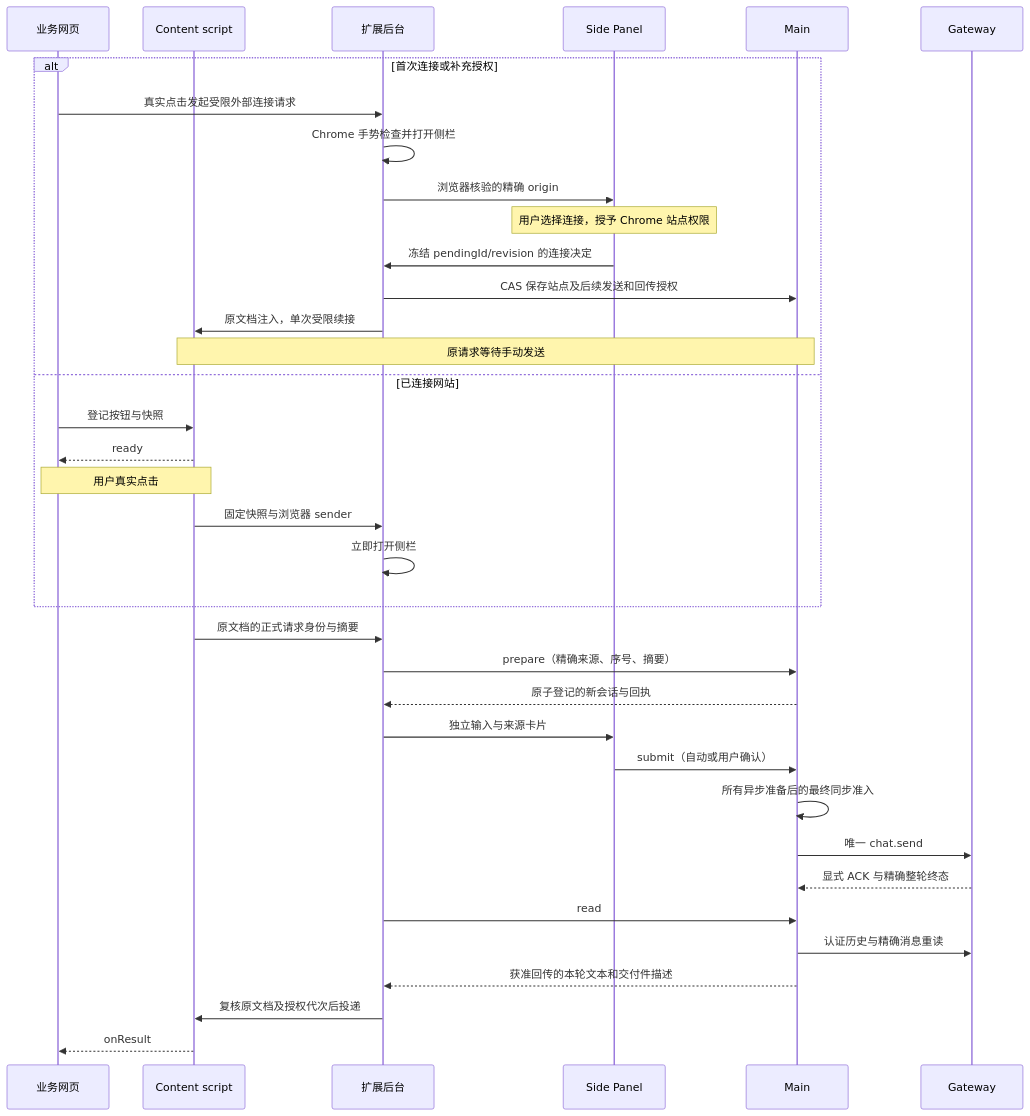
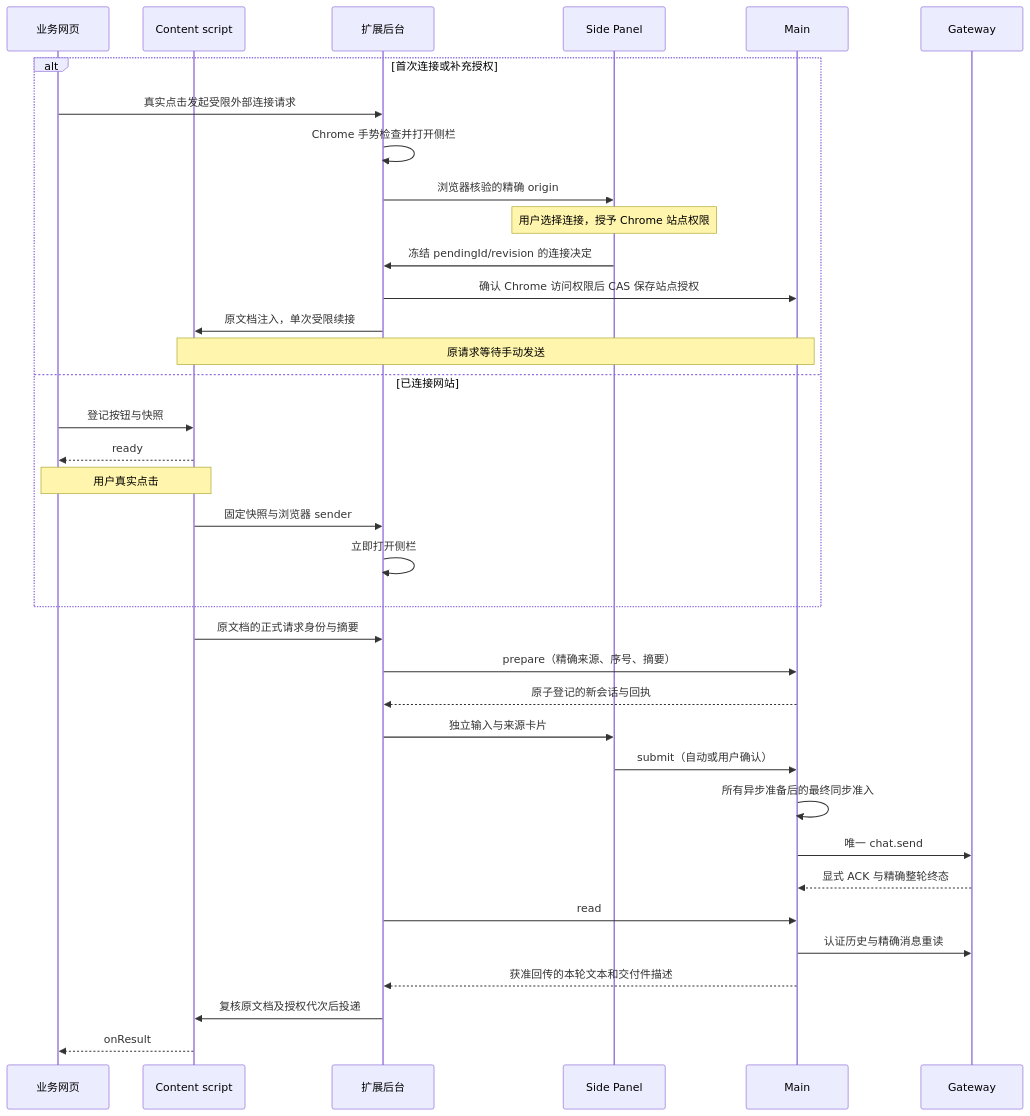
The diagram in docs/plugins/chrome-extensions/chrome-assistant/website-launch.md (liangxhao/JustDo), drawn with Mermaid before and after one commit. The commit also changed other lines of this file and 9 other files, not shown here.

````diff
--- a/docs/plugins/chrome-extensions/chrome-assistant/website-launch.md
+++ b/docs/plugins/chrome-extensions/chrome-assistant/website-launch.md
@@ -95,38 +95,38 @@
 ```mermaid
 sequenceDiagram
   participant W as 业务网页
   participant C as Content script
   participant B as 扩展后台
   participant P as Side Panel
   participant M as Main
   participant G as Gateway
   alt 首次连接或补充授权
     W->>B: 真实点击发起受限外部连接请求
     B->>B: Chrome 手势检查并打开侧栏
     B->>P: 浏览器核验的精确 origin
     Note over P: 用户选择连接，授予 Chrome 站点权限
     P->>B: 冻结 pendingId/revision 的连接决定
-    B->>M: CAS 保存站点及后续发送和回传授权
+    B->>M: 确认 Chrome 访问权限后 CAS 保存站点授权
     B->>C: 原文档注入，单次受限续接
     Note over C,M: 原请求等待手动发送
   else 已连接网站
     W->>C: 登记按钮与快照
     C-->>W: ready
     Note over W,C: 用户真实点击
     C->>B: 固定快照与浏览器 sender
     B->>B: 立即打开侧栏
   end
   C->>B: 原文档的正式请求身份与摘要
   B->>M: prepare（精确来源、序号、摘要）
   M-->>B: 原子登记的新会话与回执
   B->>P: 独立输入与来源卡片
   P->>M: submit（自动或用户确认）
   M->>M: 所有异步准备后的最终同步准入
   M->>G: 唯一 chat.send
   G-->>M: 显式 ACK 与精确整轮终态
   B->>M: read
   M->>G: 认证历史与精确消息重读
   M-->>B: 获准回传的本轮文本和交付件描述
   B->>C: 复核原文档及授权代次后投递
   C-->>W: onResult
 ```
````
